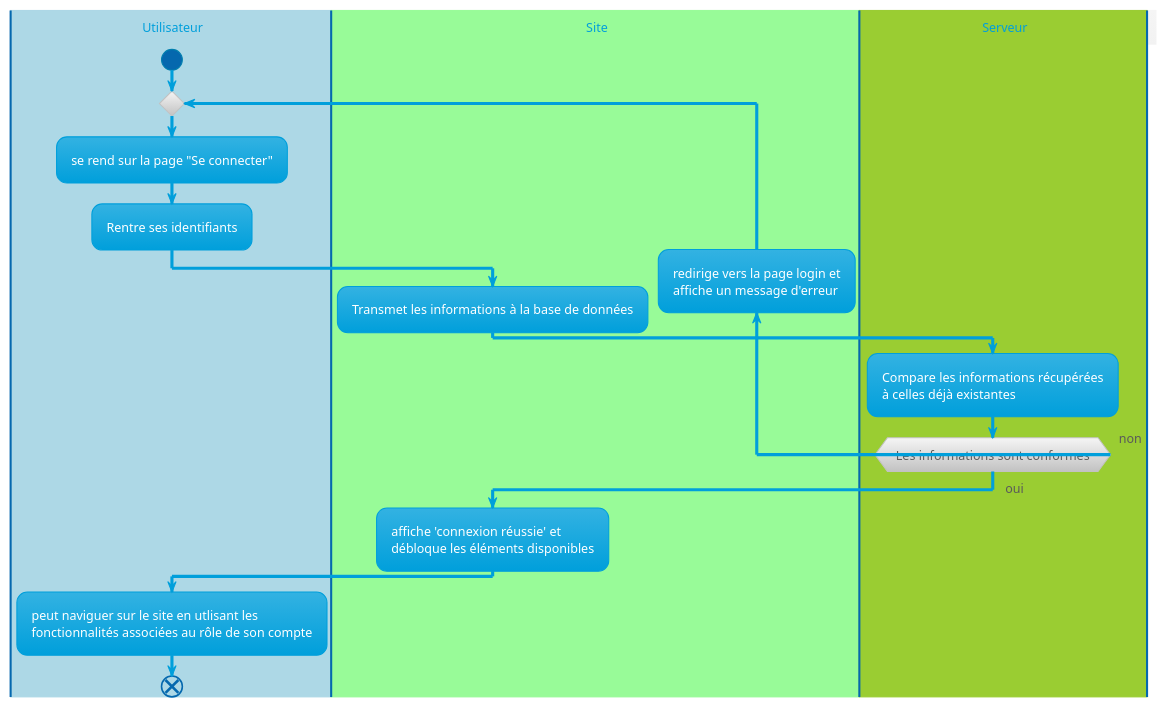
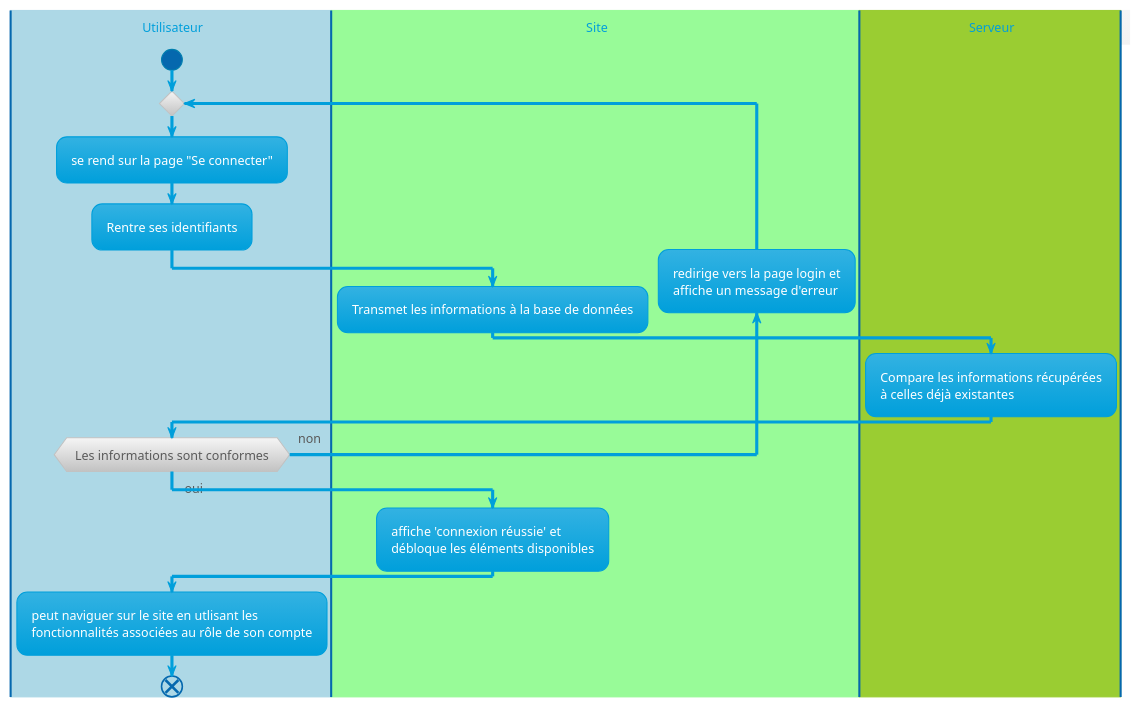
The first of 2 diagrams in diagrammeActivités/diag_activité_parent.wsd (remip03/eduZouZou), drawn with PlantUML before and after one commit. The commit also changed 4 other files, not shown here.

```diff
--- a/diagrammeActivités/diag_activité_parent.wsd
+++ b/diagrammeActivités/diag_activité_parent.wsd
@@ -1,34 +1,34 @@
 @startuml "EduZouZou - parent - connexion"
 !theme bluegray
 
 |#LightBlue|u| Utilisateur
 start
 |#Palegreen|s| Site
 |#YellowGreen|ser| Serveur
 
 |u|
 repeat;
 :se rend sur la page "Se connecter";
 :Rentre ses identifiants;
 |s|
 :Transmet les informations à la base de données;
 |ser|
 :Compare les informations récupérées
 à celles déjà existantes;
 |s|
 backward:redirige vers la page login et 
 affiche un message d'erreur;
-|ser|
+|u|
 repeatwhile(Les informations sont conformes) is(non) not(oui)
 |s|
 :affiche 'connexion réussie' et
 débloque les éléments disponibles;
 
 
 |u|
 :peut naviguer sur le site en utlisant les
 fonctionnalités associées au rôle de son compte;
 
 end
 
 @enduml
```
